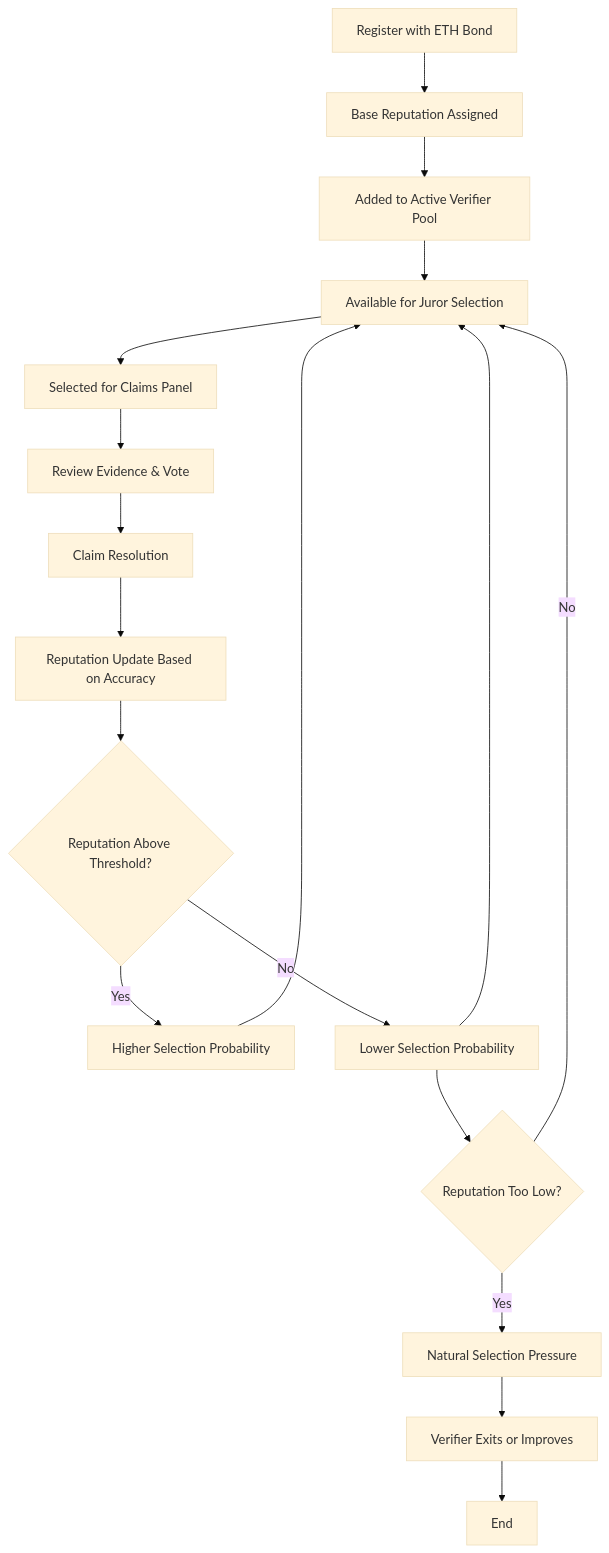
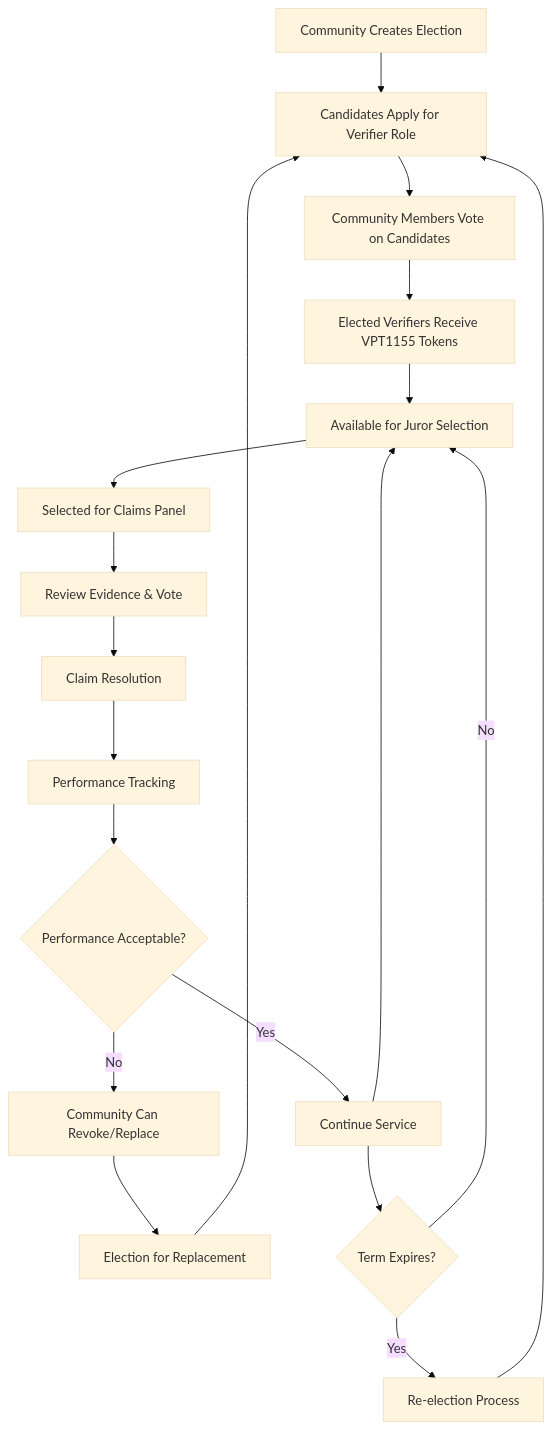
The fifth of 5 diagrams in docs/EN/Architecture.md (Nevtep/shift-desoc), drawn with Mermaid (base theme) before and after one commit. The commit also changed other lines of this file and 165 other files, not shown here.

````diff
--- a/docs/EN/Architecture.md
+++ b/docs/EN/Architecture.md
@@ -781,26 +1083,27 @@
 ```mermaid
 graph TD
-    A[Register with ETH Bond] --> B[Base Reputation Assigned]
-    B --> C[Added to Active Verifier Pool]
-    
-    C --> D[Available for Juror Selection]
-    D --> E[Selected for Claims Panel]
-    E --> F[Review Evidence & Vote]
-    
-    F --> G[Claim Resolution]
-    G --> H[Reputation Update Based on Accuracy]
-    
-    H --> I{Reputation Above Threshold?}
-    I -->|Yes| J[Higher Selection Probability]
-    I -->|No| K[Lower Selection Probability]
-    
-    J --> D
-    K --> D
-    
-    K --> L{Reputation Too Low?}
-    L -->|Yes| M[Natural Selection Pressure]
-    L -->|No| D
-    
-    M --> N[Verifier Exits or Improves]
-    N --> O[End]
+    A[Community Creates Election] --> B[Candidates Apply for Verifier Role]
+    B --> C[Community Members Vote on Candidates]
+
+    C --> D[Elected Verifiers Receive VPT1155 Tokens]
+    D --> E[Available for Juror Selection]
+    E --> F[Selected for Claims Panel]
+
+    F --> G[Review Evidence & Vote]
+    G --> H[Claim Resolution]
+    H --> I[Performance Tracking]
+
+    I --> J{Performance Acceptable?}
+    J -->|Yes| K[Continue Service]
+    J -->|No| L[Community Can Revoke/Replace]
+
+    K --> E
+    L --> M[Election for Replacement]
+    M --> B
+
+    K --> N{Term Expires?}
+    N -->|Yes| O[Re-election Process]
+    N -->|No| E
+
+    O --> B
 ```
````
